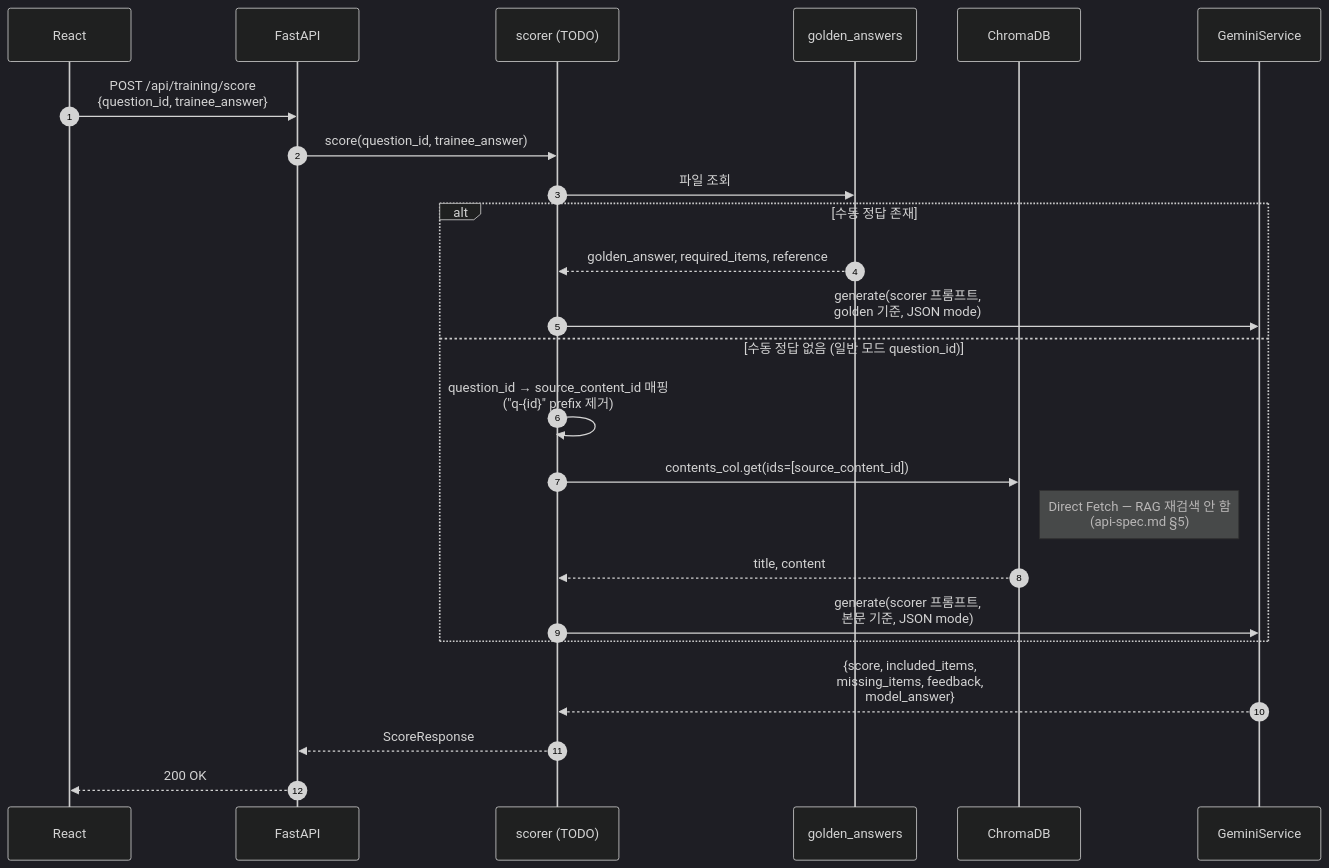
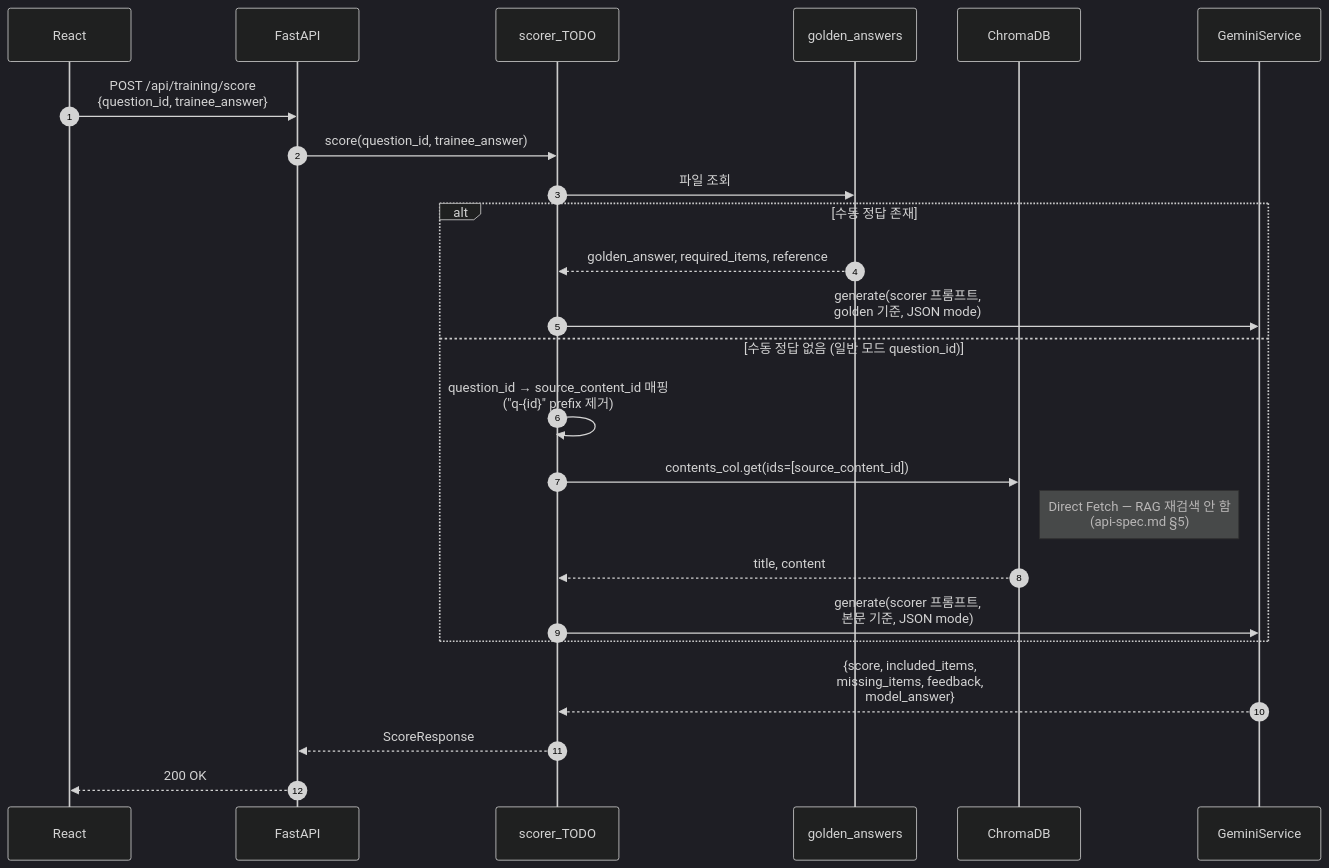
One commit to woochichichi/2026_HICT_ChatBot changed the sixth of 7 diagrams in docs/data-flow.md. Above: the diagram before and after it, drawn with Mermaid (dark theme). The commit also changed other lines of this file and 1 other file, not shown here.

Commit message:
fix: mermaid error

````diff
--- a/docs/data-flow.md
+++ b/docs/data-flow.md
@@ -212,27 +212,27 @@
 ```mermaid
 sequenceDiagram
     autonumber
     participant FE as React
     participant API as FastAPI
-    participant S as scorer (TODO)
+    participant S as scorer_TODO
     participant FS as golden_answers
     participant CDB as ChromaDB
     participant LLM as GeminiService
 
     FE->>API: POST /api/training/score<br/>{question_id, trainee_answer}
     API->>S: score(question_id, trainee_answer)
     S->>FS: 파일 조회
     alt 수동 정답 존재
         FS-->>S: golden_answer, required_items, reference
         S->>LLM: generate(scorer 프롬프트,<br/>golden 기준, JSON mode)
     else 수동 정답 없음 (일반 모드 question_id)
         S->>S: question_id → source_content_id 매핑<br/>("q-{id}" prefix 제거)
         S->>CDB: contents_col.get(ids=[source_content_id])
         Note right of CDB: Direct Fetch — RAG 재검색 안 함<br/>(api-spec.md §5)
         CDB-->>S: title, content
         S->>LLM: generate(scorer 프롬프트,<br/>본문 기준, JSON mode)
     end
     LLM-->>S: {score, included_items,<br/>missing_items, feedback,<br/>model_answer}
     S-->>API: ScoreResponse
     API-->>FE: 200 OK
 ```
````
